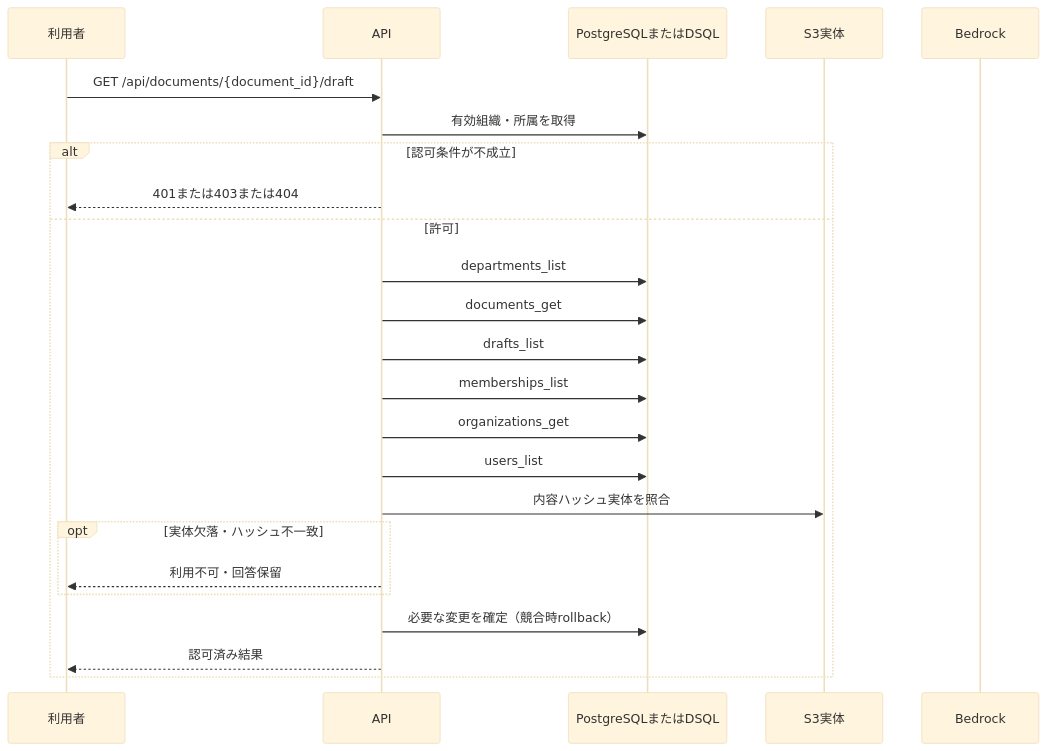
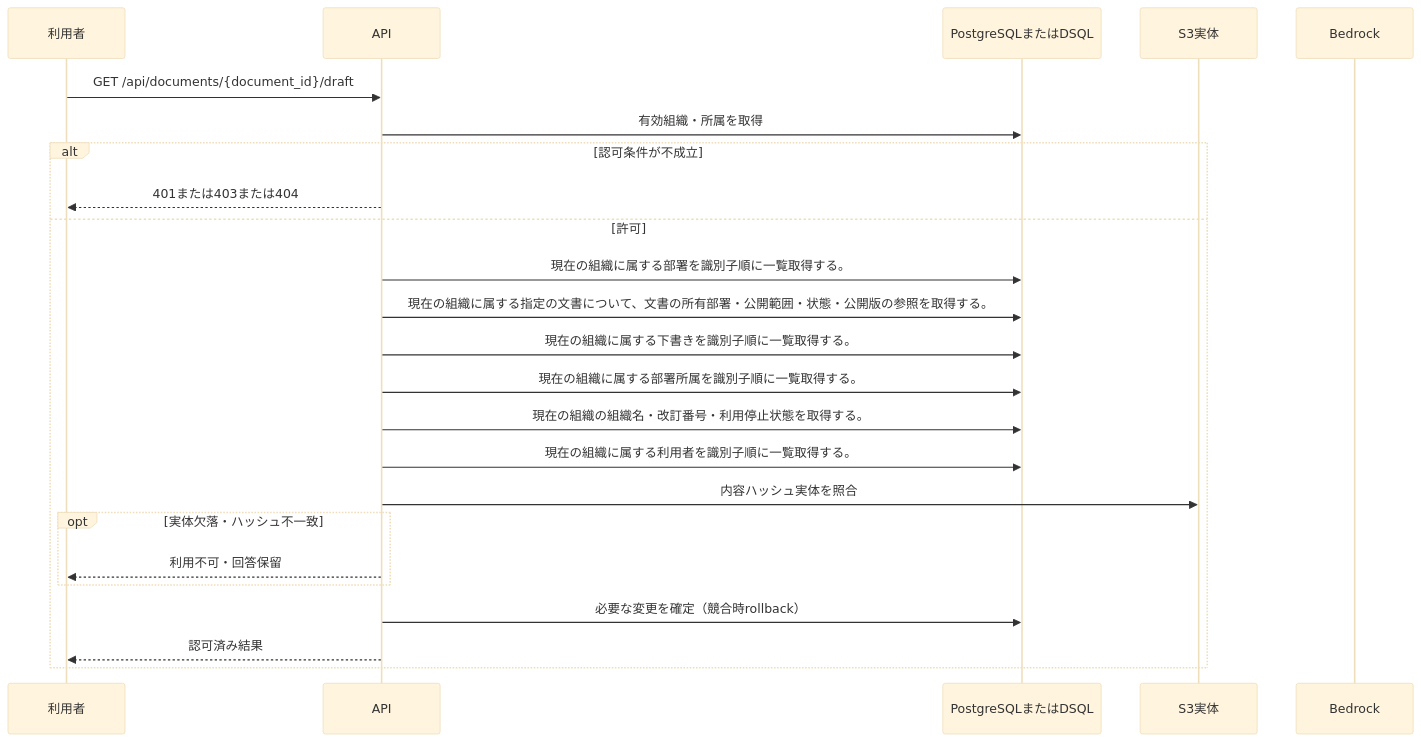
The diagram in docs/design/generated/api/documents/get_draft/sequence.md (tsuji-tomonori/KotoRelay), drawn with Mermaid (base theme) before and after one commit. The commit also changed other lines of this file and 286 other files, not shown here.

````diff
--- a/docs/design/generated/api/documents/get_draft/sequence.md
+++ b/docs/design/generated/api/documents/get_draft/sequence.md
@@ -7,26 +7,26 @@
 ```mermaid
 sequenceDiagram
     participant U as 利用者
     participant A as API
     participant D as PostgreSQLまたはDSQL
     participant S as S3実体
     participant M as Bedrock
     U->>A: GET /api/documents/{document_id}/draft
     A->>D: 有効組織・所属を取得
     alt 認可条件が不成立
         A-->>U: 401または403または404
     else 許可
-        A->>D: departments_list
-        A->>D: documents_get
-        A->>D: drafts_list
-        A->>D: memberships_list
-        A->>D: organizations_get
-        A->>D: users_list
+        A->>D: 現在の組織に属する部署を識別子順に一覧取得する。
+        A->>D: 現在の組織に属する指定の文書について、文書の所有部署・公開範囲・状態・公開版の参照を取得する。
+        A->>D: 現在の組織に属する下書きを識別子順に一覧取得する。
+        A->>D: 現在の組織に属する部署所属を識別子順に一覧取得する。
+        A->>D: 現在の組織の組織名・改訂番号・利用停止状態を取得する。
+        A->>D: 現在の組織に属する利用者を識別子順に一覧取得する。
         A->>S: 内容ハッシュ実体を照合
         opt 実体欠落・ハッシュ不一致
             A-->>U: 利用不可・回答保留
         end
         A->>D: 必要な変更を確定（競合時rollback）
         A-->>U: 認可済み結果
     end
 ```
````
